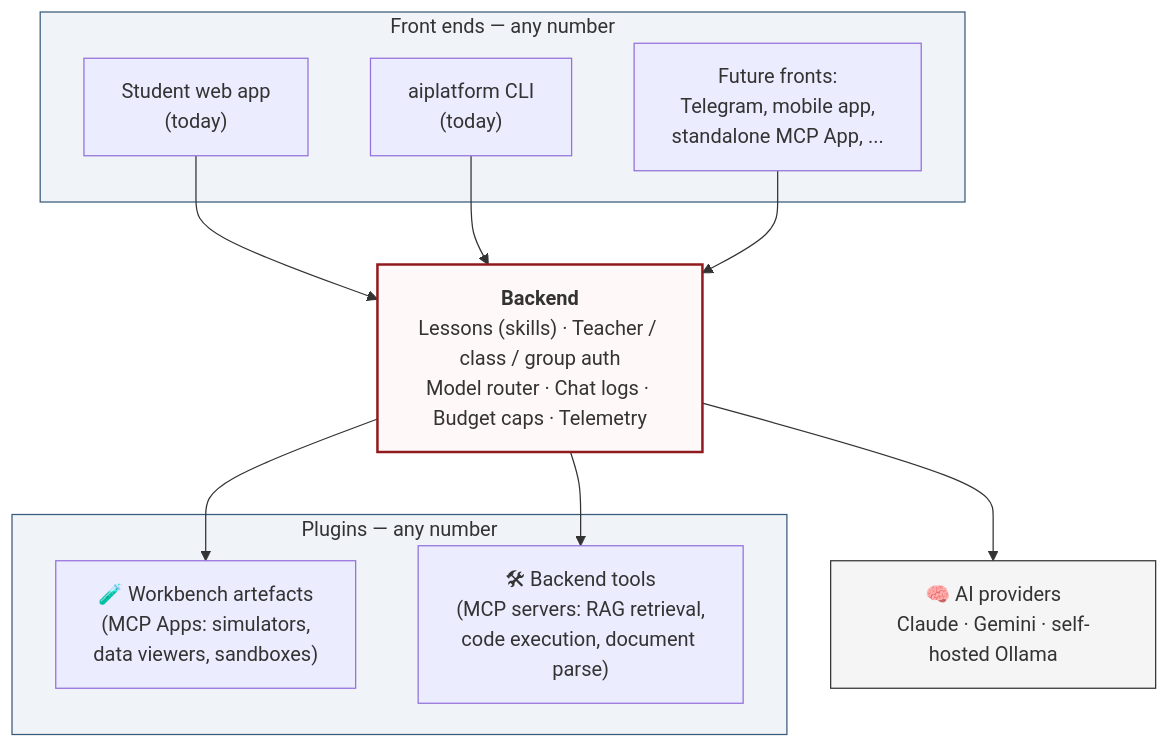
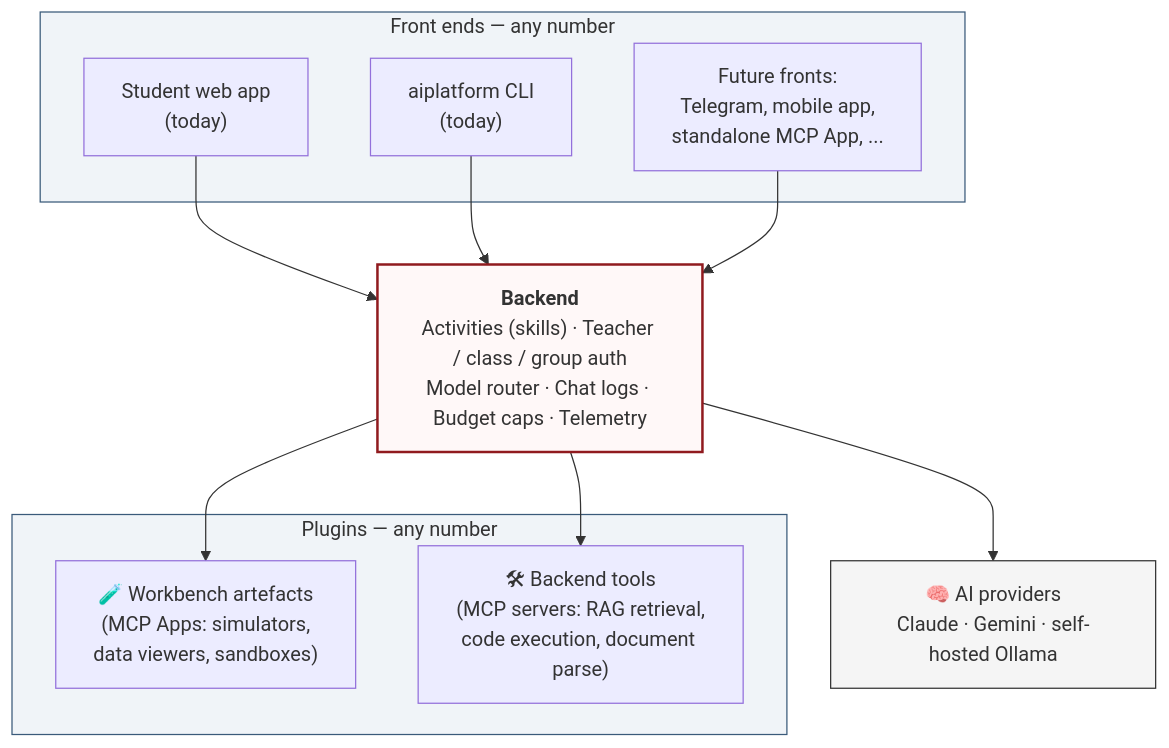
Before and after one commit to sunholo-data/aipla: the third of 5 diagrams in architecture.qmd, drawn with Mermaid. The commit also changed other lines of this file and 7 other files, not shown here.

````diff
--- a/architecture.qmd
+++ b/architecture.qmd
@@ -76,29 +76,29 @@
 ```{mermaid}
 flowchart TB
     subgraph Frontends["Front ends — any number"]
         Web["Student web app<br/>(today)"]
         CLI["aiplatform CLI<br/>(today)"]
         Future["Future fronts:<br/>Telegram, mobile app,<br/>standalone MCP App, ..."]
     end
 
-    Backend["<b>Backend</b><br/>Lessons (skills) · Teacher / class / group auth<br/>Model router · Chat logs · Budget caps · Telemetry"]
+    Backend["<b>Backend</b><br/>Activities (skills) · Teacher / class / group auth<br/>Model router · Chat logs · Budget caps · Telemetry"]
 
     subgraph Plugins["Plugins — any number"]
         Workbenches["🧪 Workbench artefacts<br/>(MCP Apps: simulators,<br/>data viewers, sandboxes)"]
         Tools["🛠 Backend tools<br/>(MCP servers: RAG retrieval,<br/>code execution, document parse)"]
     end
 
     LLMs["🧠 AI providers<br/>Claude · Gemini · self-hosted Ollama"]
 
     Web --> Backend
     CLI --> Backend
     Future --> Backend
     Backend --> Workbenches
     Backend --> Tools
     Backend --> LLMs
 
     style Backend fill:#fff8f8,stroke:#901a1e,stroke-width:2px
     style Frontends fill:#f0f4f8,stroke:#3a5a7a
     style Plugins fill:#f0f4f8,stroke:#3a5a7a
     style LLMs fill:#f5f5f5,stroke:#333
 ```
````
